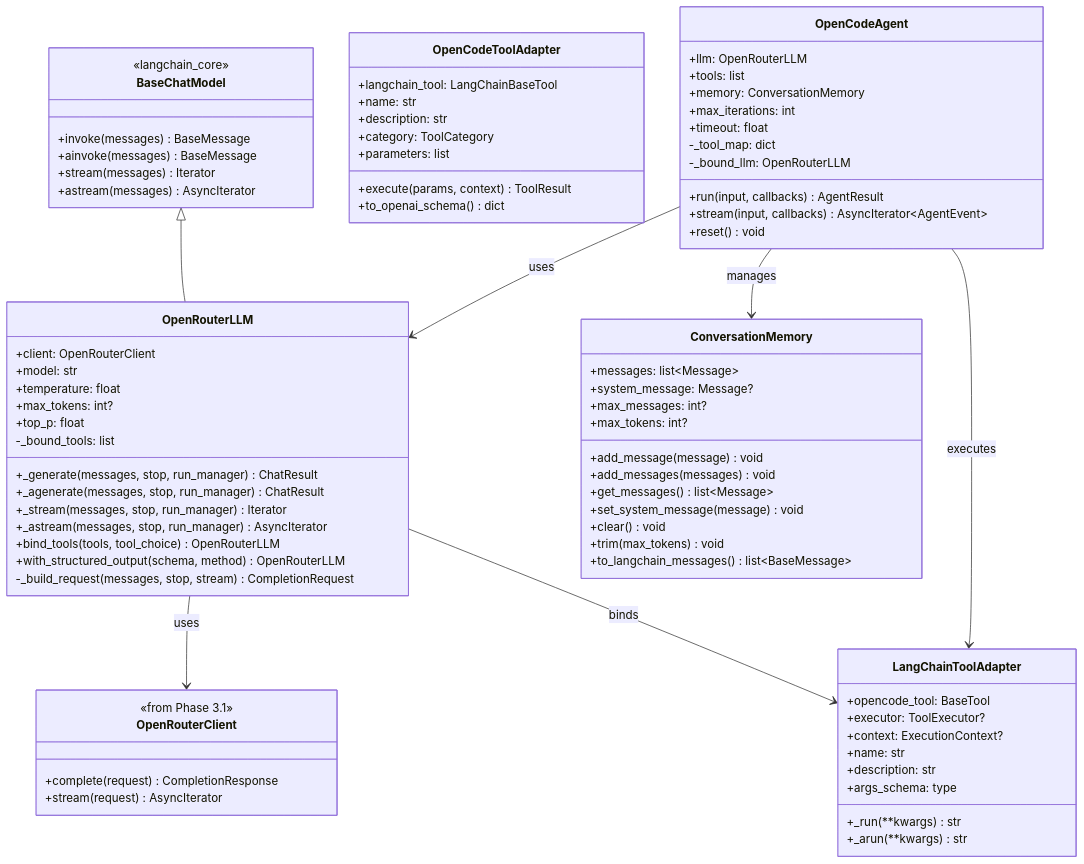
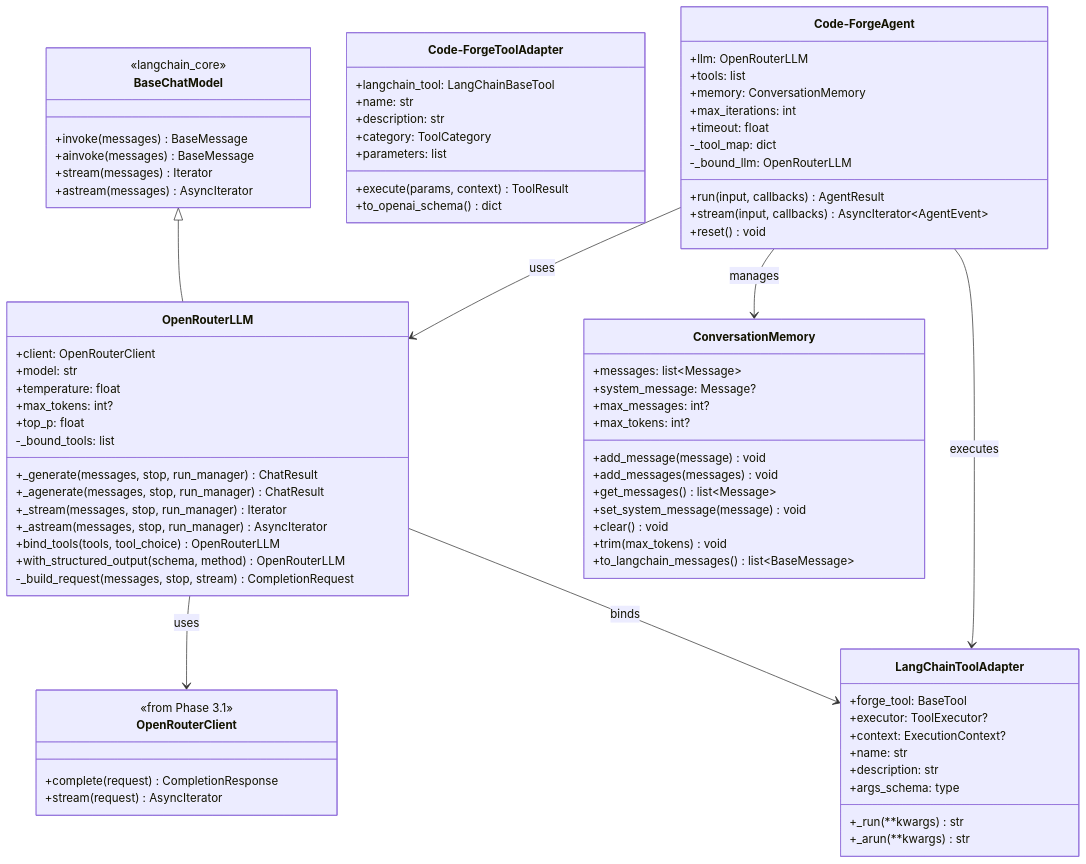
One commit to corey-rosamond/Code-Forge changed the first of 14 diagrams in .ai/phase/3.2/UML.md. Above: the diagram before and after it, drawn with Mermaid. The commit also changed other lines of this file and 505 other files, not shown here.

First line of the commit message:
Rename project from OpenCode to Code-Forge

````diff
--- a/.ai/phase/3.2/UML.md
+++ b/.ai/phase/3.2/UML.md
@@ -41,7 +41,7 @@
     }
 
     class LangChainToolAdapter {
-        +opencode_tool: BaseTool
+        +forge_tool: BaseTool
         +executor: ToolExecutor?
         +context: ExecutionContext?
         +name: str
@@ -51,7 +51,7 @@
         +_arun(**kwargs) str
     }
 
-    class OpenCodeToolAdapter {
+    class Code-ForgeToolAdapter {
         +langchain_tool: LangChainBaseTool
         +name: str
         +description: str
@@ -75,7 +75,7 @@
         +to_langchain_messages() list~BaseMessage~
     }
 
-    class OpenCodeAgent {
+    class Code-ForgeAgent {
         +llm: OpenRouterLLM
         +tools: list
         +memory: ConversationMemory
@@ -91,7 +91,7 @@
     BaseChatModel <|-- OpenRouterLLM
     OpenRouterLLM --> OpenRouterClient : uses
     OpenRouterLLM --> LangChainToolAdapter : binds
-    OpenCodeAgent --> OpenRouterLLM : uses
-    OpenCodeAgent --> ConversationMemory : manages
-    OpenCodeAgent --> LangChainToolAdapter : executes
+    Code-ForgeAgent --> OpenRouterLLM : uses
+    Code-ForgeAgent --> ConversationMemory : manages
+    Code-ForgeAgent --> LangChainToolAdapter : executes
 ```
````
